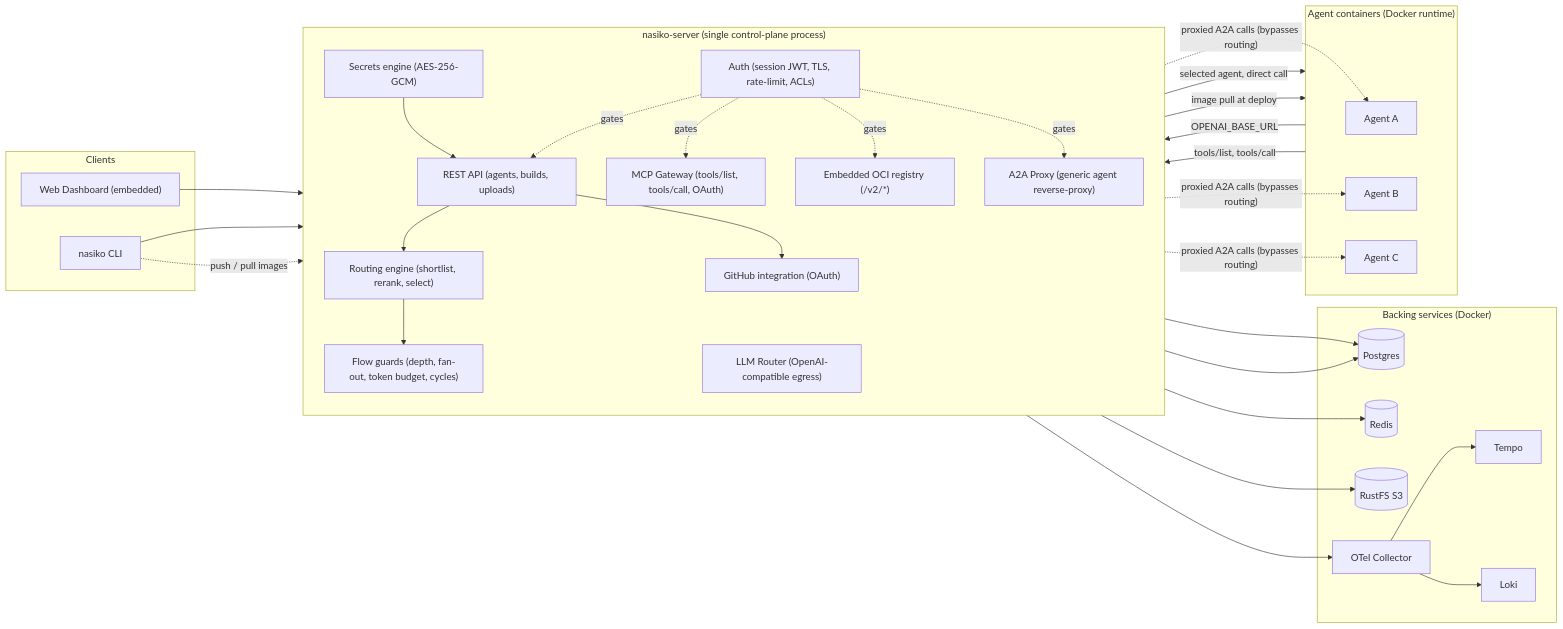
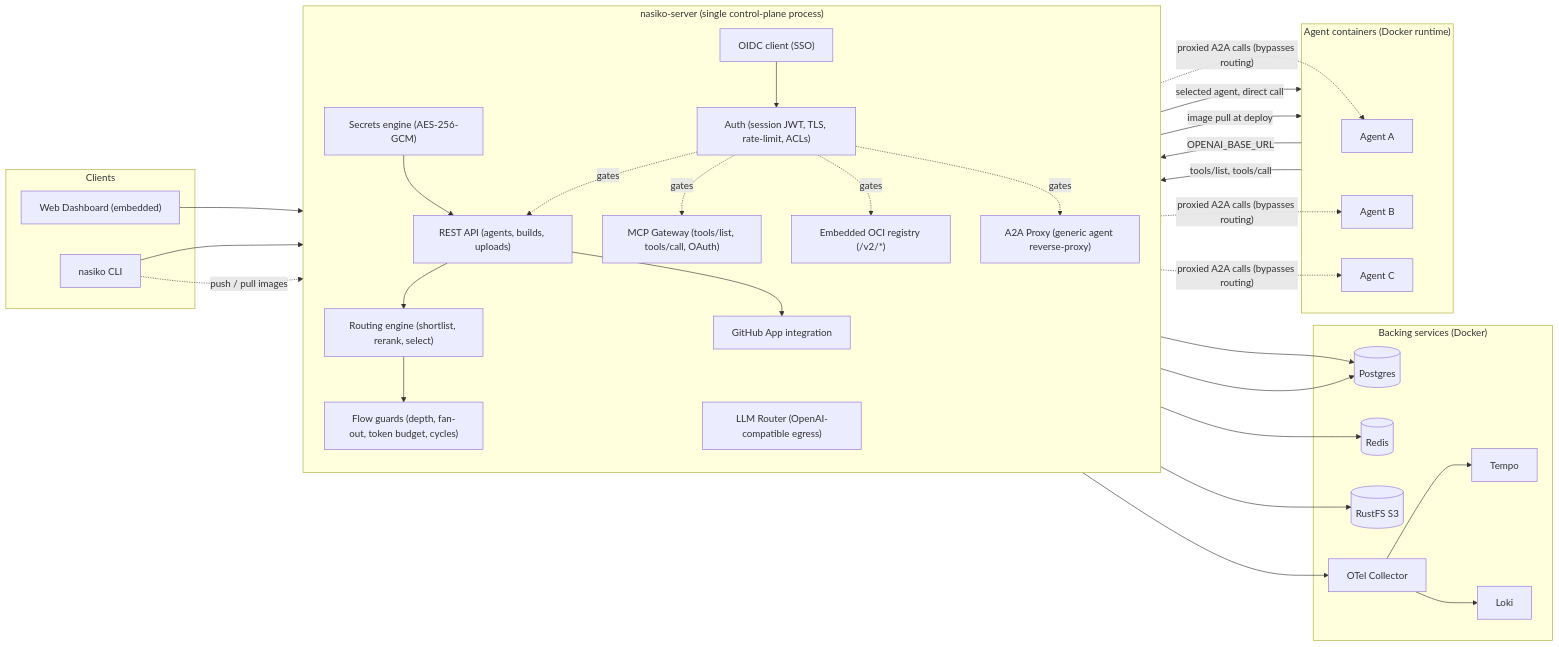
One commit to Nasiko-Labs/nasiko changed the diagram in README.md. Above: the diagram before and after it, drawn with Mermaid. The commit also changed other lines of this file and 14 other files, not shown here.

````diff
--- a/README.md
+++ b/README.md
@@ -89,65 +266,67 @@
 ```mermaid
 flowchart LR
     subgraph Clients["Clients"]
         UI["Web Dashboard (embedded)"]
         CLI["nasiko CLI"]
     end
 
     subgraph CP["nasiko-server (single control-plane process)"]
         direction TB
         API["REST API (agents, builds, uploads)"]
         AUTH["Auth (session JWT, TLS, rate-limit, ACLs)"]
+        OIDC["OIDC client (SSO)"]
         ROUTE["Routing engine (shortlist, rerank, select)"]
         PROXY["A2A Proxy (generic agent reverse-proxy)"]
         MCP["MCP Gateway (tools/list, tools/call, OAuth)"]
         LLM["LLM Router (OpenAI-compatible egress)"]
         OCI["Embedded OCI registry (/v2/*)"]
         FLOW["Flow guards (depth, fan-out, token budget, cycles)"]
         SECRETS["Secrets engine (AES-256-GCM)"]
-        GITHUB["GitHub integration (OAuth)"]
+        GITHUB["GitHub App integration"]
     end
 
     subgraph Infra["Backing services (Docker)"]
         PG[(Postgres)]
         RD[(Redis)]
         S3[(RustFS S3)]
         OTEL["OTel Collector"]
         TEMPO["Tempo"]
         LOKI["Loki"]
     end
 
     subgraph Agents["Agent containers (Docker runtime)"]
         A1["Agent A"]
         A2["Agent B"]
         A3["Agent C"]
     end
 
     UI --> API
     CLI --> API
     CLI -. "push / pull images" .-> OCI
 
     API --> ROUTE
     API --> GITHUB
     ROUTE --> FLOW
+    OIDC --> AUTH
     SECRETS --> API
 
     AUTH -. gates .-> API
     AUTH -. gates .-> MCP
     AUTH -. gates .-> OCI
     AUTH -. gates .-> PROXY
 
     ROUTE -- "selected agent, direct call" --> Agents
     PROXY -. "proxied A2A calls (bypasses routing)" .-> A1
     PROXY -. "proxied A2A calls (bypasses routing)" .-> A2
     PROXY -. "proxied A2A calls (bypasses routing)" .-> A3
     OCI -- "image pull at deploy" --> Agents
     Agents -- "OPENAI_BASE_URL" --> LLM
     Agents -- "tools/list, tools/call" --> MCP
 
     OCI --> S3
     FLOW --> RD
     SECRETS --> PG
     AUTH --> PG
     CP --> OTEL --> TEMPO
     OTEL --> LOKI
 ```
````
